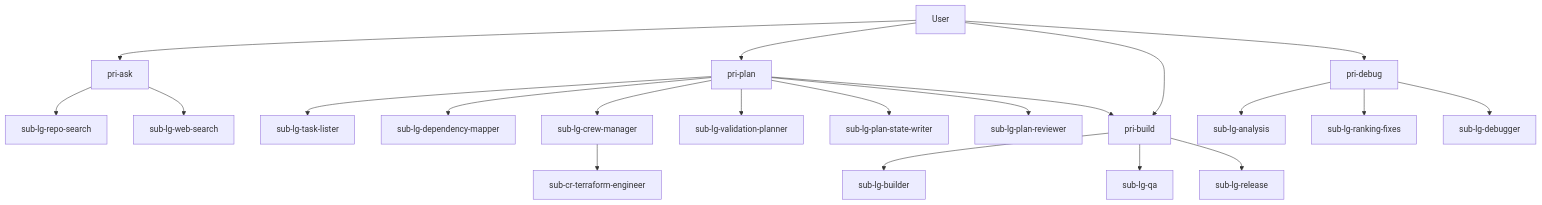
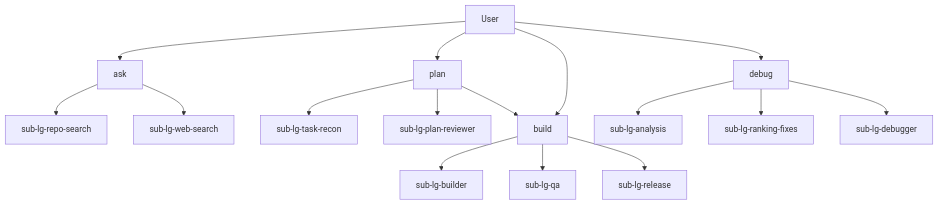
Before and after one commit to lukefl011/opencode-easy-setup-msfoundry: the diagram in README.md, drawn with Mermaid. The commit also changed other lines of this file and 11 other files, not shown here.

````diff
--- a/README.md
+++ b/README.md
@@ -50,28 +51,22 @@
 ```mermaid
 flowchart TD
-  U[User] --> A[pri-ask]
-  U --> P[pri-plan]
-  U --> B[pri-build]
-  U --> D[pri-debug]
+  U[User] --> A[ask]
+  U --> P[plan]
+  U --> B[build]
+  U --> D[debug]
 
   A --> RS[sub-lg-repo-search]
   A --> WS[sub-lg-web-search]
 
-  P --> TL[sub-lg-task-lister]
-  P --> DM[sub-lg-dependency-mapper]
-  P --> CM[sub-lg-crew-manager]
-  P --> VP[sub-lg-validation-planner]
-  P --> PSW[sub-lg-plan-state-writer]
+  P --> TR[sub-lg-task-recon]
   P --> PR[sub-lg-plan-reviewer]
   P --> B
-
-  CM --> CRTF[sub-cr-terraform-engineer]
 
   B --> BU[sub-lg-builder]
   B --> QA[sub-lg-qa]
   B --> R[sub-lg-release]
 
   D --> AN[sub-lg-analysis]
   D --> RF[sub-lg-ranking-fixes]
   D --> DB[sub-lg-debugger]
 ```
````
